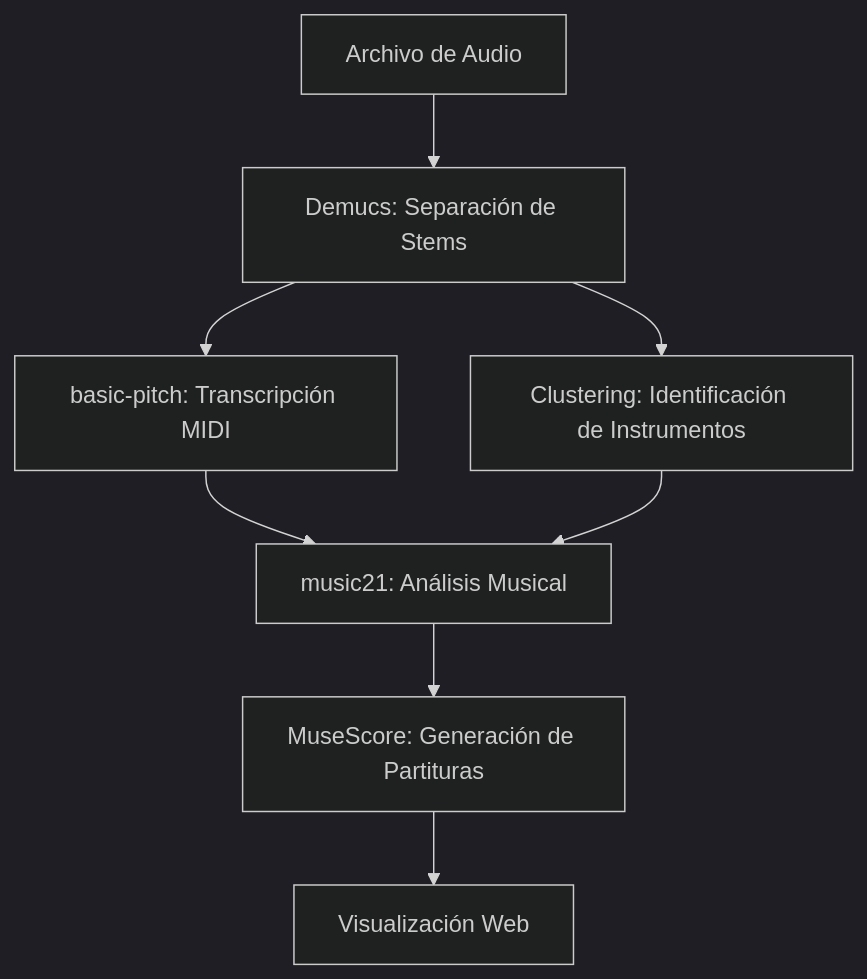
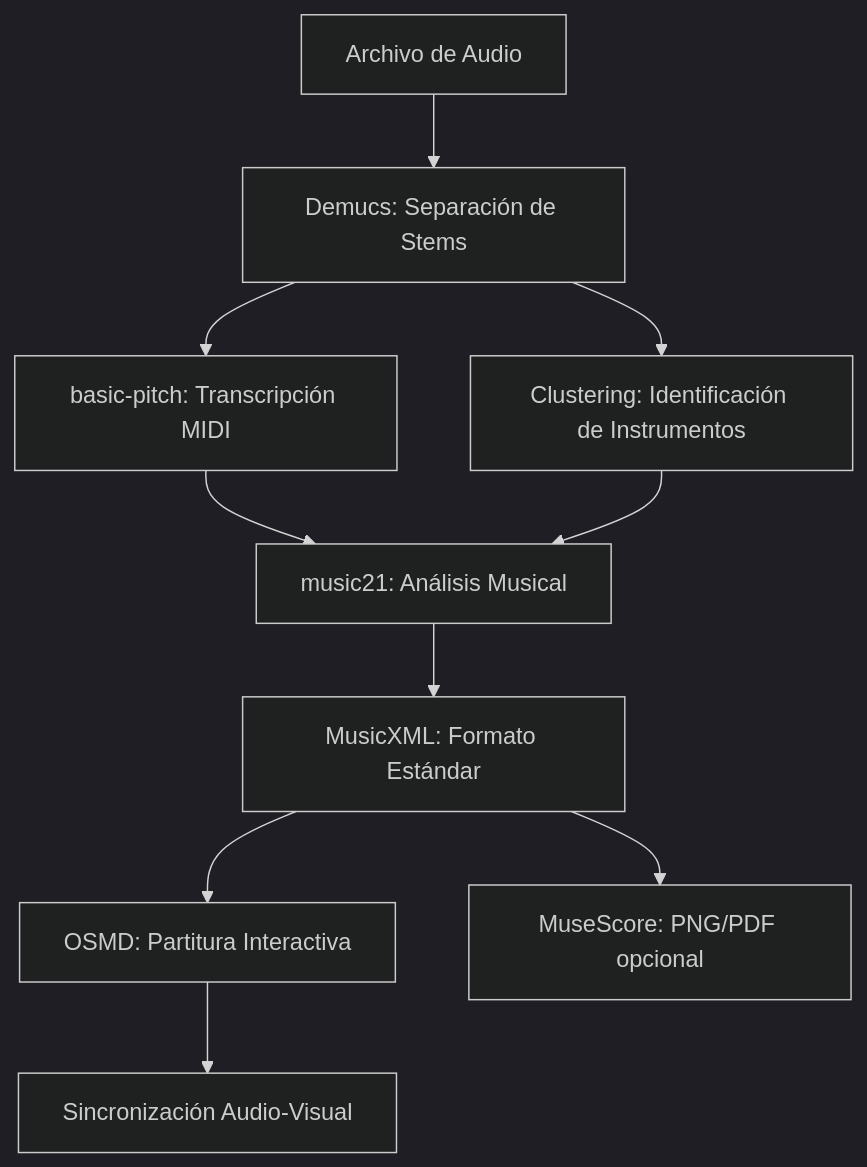
The diagram in README.md (gabomarchanta/song-king), drawn with Mermaid (dark theme) before and after one commit. The commit also changed other lines of this file and 9 other files, not shown here.

Commit message:
🎵 Song King v2.0 - Partituras Interactivas y Mejoras - Partituras interactivas con OSMD y sincronización en tiempo real - Refactorización app.py → run.py - README actualizado con configuración completa MuseScore WSL

````diff
--- a/README.md
+++ b/README.md
@@ -106,10 +133,12 @@
 ```mermaid
 graph TD
     A[Archivo de Audio] --> B[Demucs: Separación de Stems]
     B --> C[basic-pitch: Transcripción MIDI]
     B --> D[Clustering: Identificación de Instrumentos]
     C --> E[music21: Análisis Musical]
     D --> E
-    E --> F[MuseScore: Generación de Partituras]
-    F --> G[Visualización Web]
+    E --> F[MusicXML: Formato Estándar]
+    F --> G[OSMD: Partitura Interactiva]
+    F --> H[MuseScore: PNG/PDF opcional]
+    G --> I[Sincronización Audio-Visual]
 ```
````
